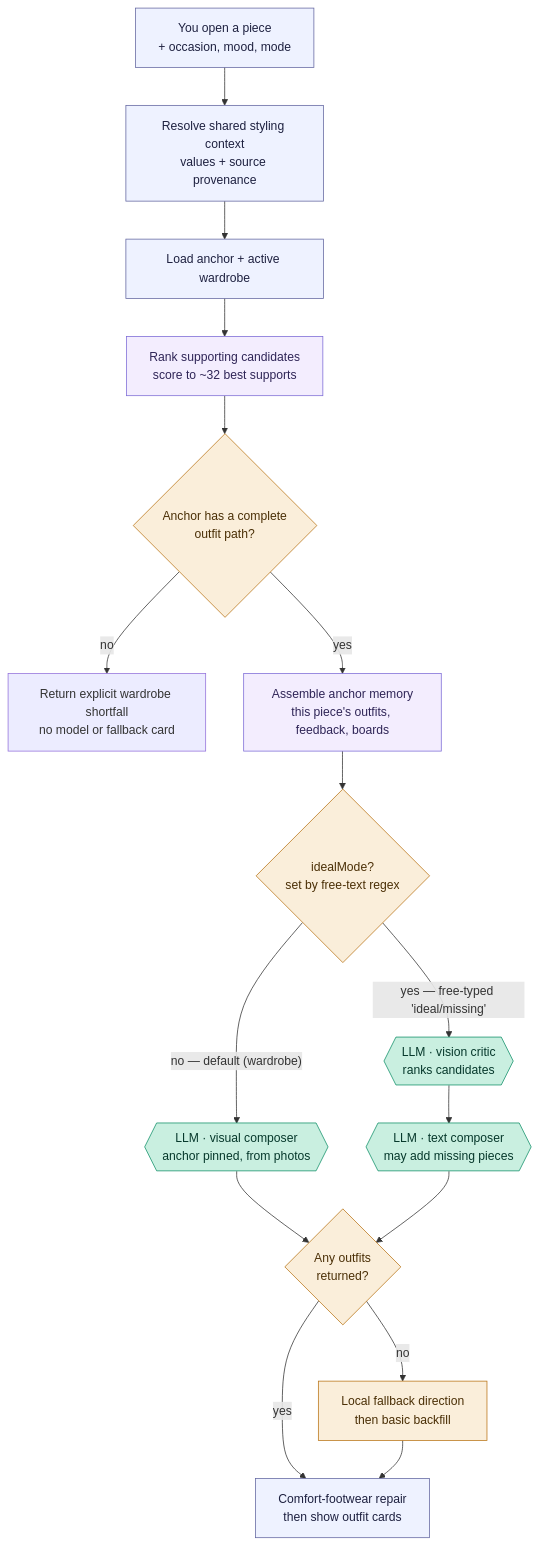
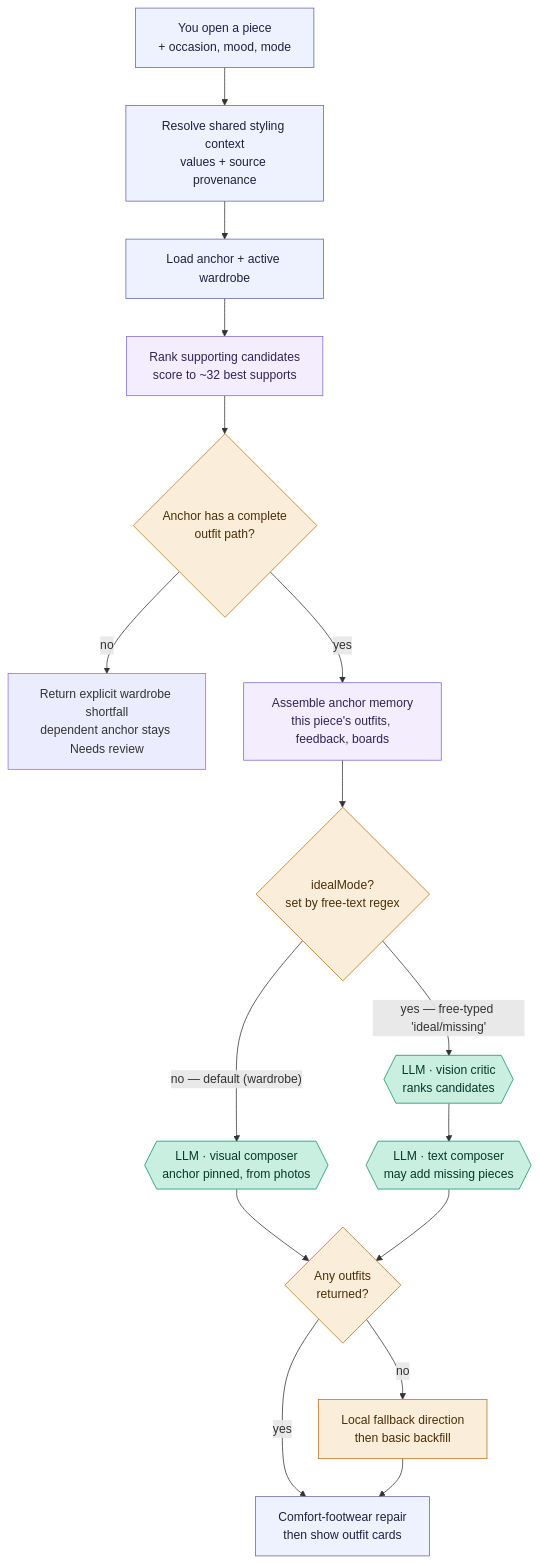
Before and after one commit to yunap/closet: the diagram in docs/flows/selected-piece-composer.md, drawn with Mermaid. The commit also changed other lines of this file and 21 other files, not shown here.

````diff
--- a/docs/flows/selected-piece-composer.md
+++ b/docs/flows/selected-piece-composer.md
@@ -31,25 +31,25 @@
 ```mermaid
 flowchart TD
     A["You open a piece<br/>+ occasion, mood, mode"] --> X["Resolve shared styling context<br/>values + source provenance"]
     X --> B["Load anchor + active wardrobe"]
     B --> C["Rank supporting candidates<br/>score to ~32 best supports"]
     C --> Q{"Anchor has a complete<br/>outfit path?"}
-    Q -->|no| S["Return explicit wardrobe shortfall<br/>no model or fallback card"]
+    Q -->|no| S["Return explicit wardrobe shortfall<br/>dependent anchor stays Needs review"]
     Q -->|yes| D["Assemble anchor memory<br/>this piece's outfits, feedback, boards"]
     D --> M{"idealMode?<br/>set by free-text regex"}
     M -->|"no — default (wardrobe)"| E{{"LLM · visual composer<br/>anchor pinned, from photos"}}
     M -->|"yes — free-typed 'ideal/missing'"| V{{"LLM · vision critic<br/>ranks candidates"}} --> E2{{"LLM · text composer<br/>may add missing pieces"}}
     E --> F{"Any outfits<br/>returned?"}
     E2 --> F
     F -->|yes| R["Comfort-footwear repair<br/>then show outfit cards"]
     F -->|no| G["Local fallback direction<br/>then basic backfill"] --> R
 
     classDef app fill:#eef2ff,stroke:#6366a0,color:#1e2140;
     classDef rules fill:#f3edfe,stroke:#7c6bd6,color:#2f2557;
     classDef model fill:#c9efe0,stroke:#0f8f68,color:#06382b;
     classDef check fill:#faeeda,stroke:#ba7517,color:#4a2f06;
     class A,X,B,R app;
     class C,D rules;
     class E,V,E2 model;
     class Q,M,F,G check;
 ```
````
